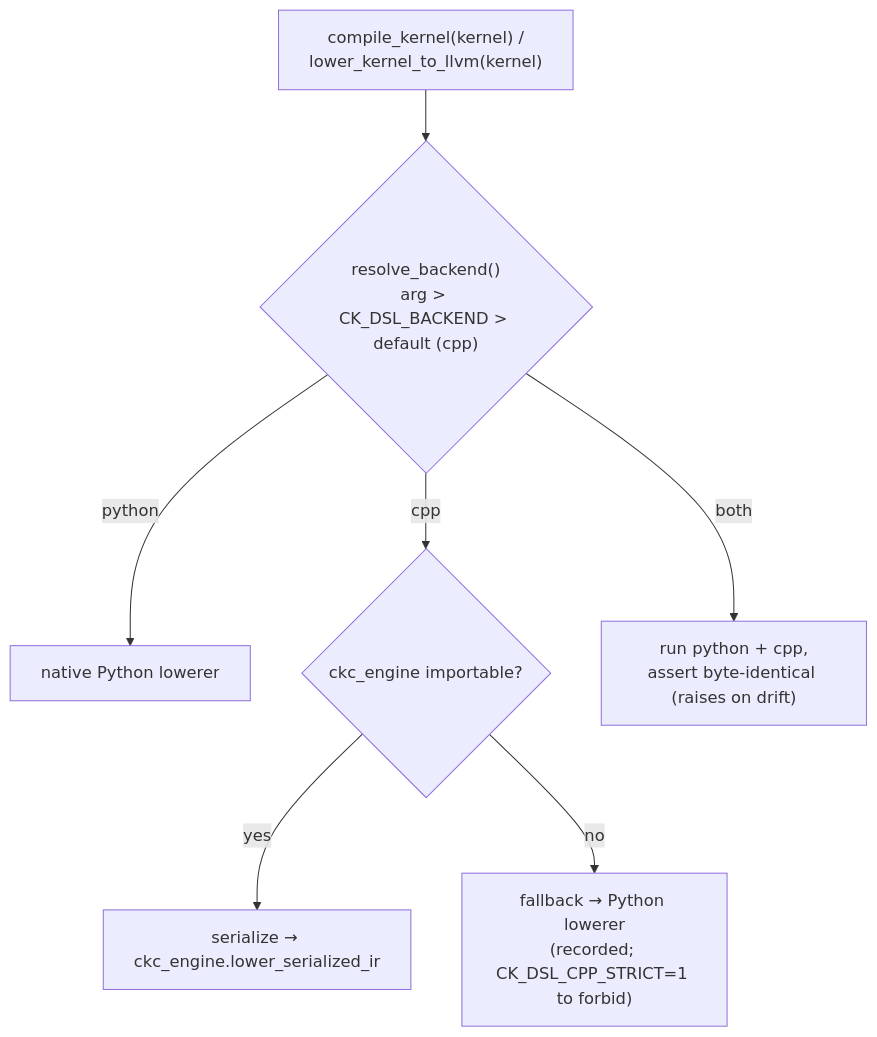
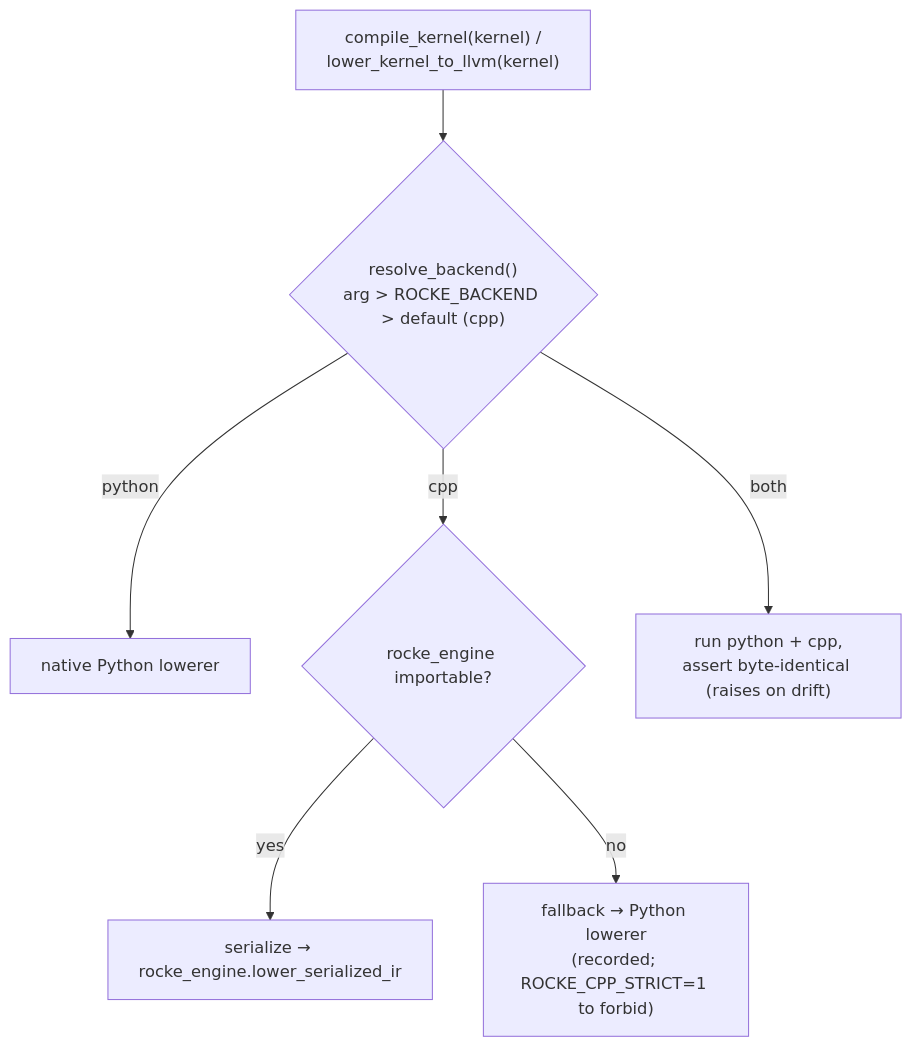
Before and after one commit to ROCm/rocm-libraries: the second of 3 diagrams in dnn-providers/hip-kernel-provider/rocKE/dsl_docs/architecture/engines_and_switching.md, drawn with Mermaid. The commit also changed other lines of this file and 1569 other files, not shown here.

First line of the commit message:
[hip-kernel-provider] Rename ck_dsl/ckc engine identity to rocke

````diff
--- a/dnn-providers/hip-kernel-provider/rocKE/dsl_docs/architecture/engines_and_switching.md
+++ b/dnn-providers/hip-kernel-provider/rocKE/dsl_docs/architecture/engines_and_switching.md
@@ -48,9 +48,9 @@
 ```mermaid
 flowchart TD
-  call["compile_kernel(kernel) /<br/>lower_kernel_to_llvm(kernel)"] --> rb{"resolve_backend()<br/>arg &gt; CK_DSL_BACKEND &gt; default (cpp)"}
+  call["compile_kernel(kernel) /<br/>lower_kernel_to_llvm(kernel)"] --> rb{"resolve_backend()<br/>arg &gt; ROCKE_BACKEND &gt; default (cpp)"}
   rb -->|python| py["native Python lowerer"]
-  rb -->|cpp| chk{"ckc_engine importable?"}
-  chk -->|yes| cpp["serialize → ckc_engine.lower_serialized_ir"]
-  chk -->|no| fb["fallback → Python lowerer<br/>(recorded; CK_DSL_CPP_STRICT=1 to forbid)"]
+  rb -->|cpp| chk{"rocke_engine importable?"}
+  chk -->|yes| cpp["serialize → rocke_engine.lower_serialized_ir"]
+  chk -->|no| fb["fallback → Python lowerer<br/>(recorded; ROCKE_CPP_STRICT=1 to forbid)"]
   rb -->|both| dual["run python + cpp,<br/>assert byte-identical (raises on drift)"]
 ```
````
